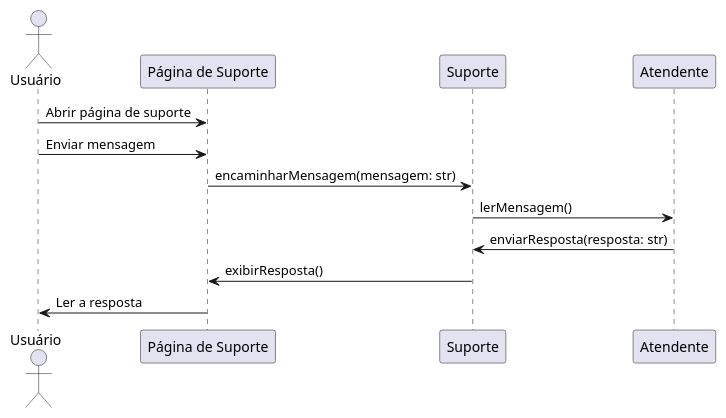
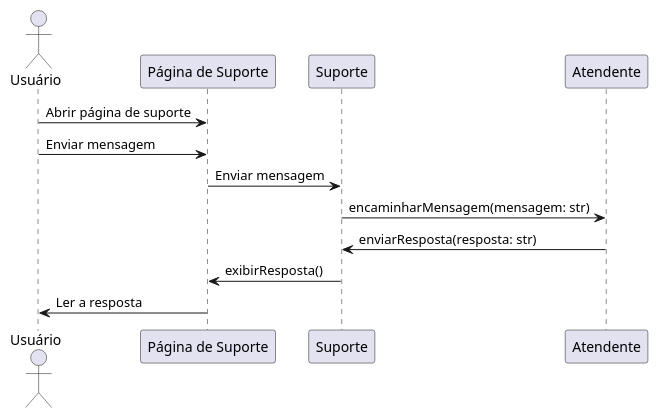
The diagram in Sprint_3/seq_mensagem_sup.puml (XMATHEUSX/UML), drawn with PlantUML before and after one commit. The commit also changed other lines of this file and 1 other file, not shown here.

Commit message:
feat: feito o diagram de classe

```diff
--- a/Sprint_3/seq_mensagem_sup.puml
+++ b/Sprint_3/seq_mensagem_sup.puml
@@ -1,14 +1,14 @@
 @startuml
 actor Usuário as U
 participant "Página de Suporte" as P
 participant Suporte as S
 participant Atendente as A
 
 U -> P: Abrir página de suporte
 U -> P: Enviar mensagem
-P -> S: encaminharMensagem(mensagem: str)
-S -> A: lerMensagem()
+P -> S: Enviar mensagem
+S -> A: encaminharMensagem(mensagem: str)
 A -> S: enviarResposta(resposta: str)
 S -> P: exibirResposta()
 P -> U: Ler a resposta
 @enduml
```
